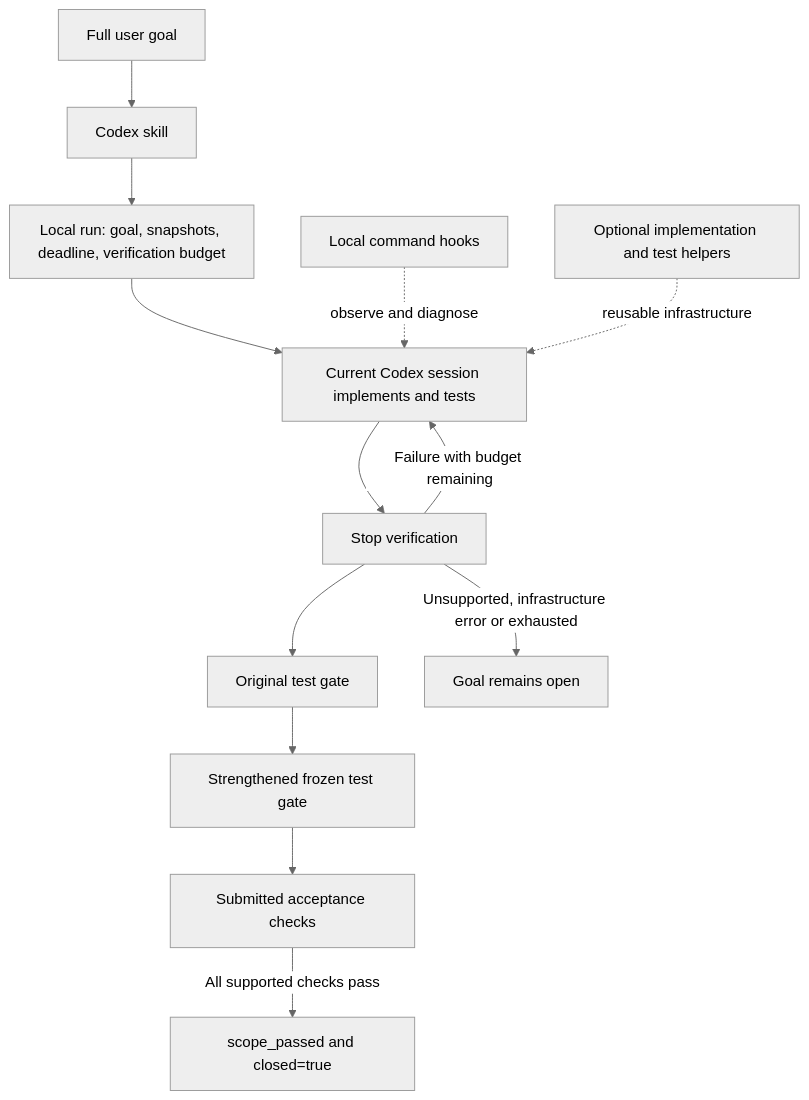
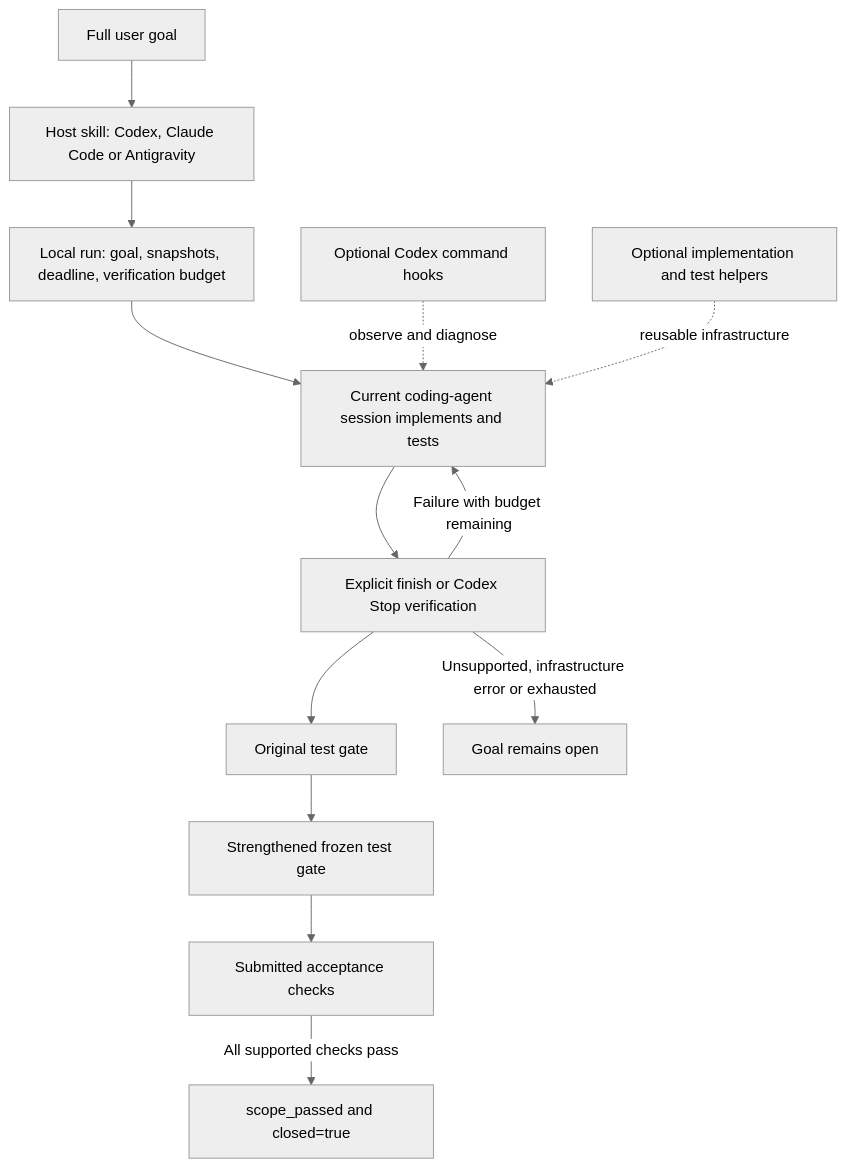
The diagram in docs/ARCHITECTURE.md (InfinitySpeed/goalpilot), drawn with Mermaid (neutral theme) before and after one commit. The commit also changed other lines of this file and 7 other files, not shown here.

Commit message:
Add a shared installer and portable skills for Claude Code and Antigravity

````diff
--- a/docs/ARCHITECTURE.md
+++ b/docs/ARCHITECTURE.md
@@ -5,15 +5,15 @@
 ```mermaid
 flowchart TD
-    U[Full user goal] --> S[Codex skill]
+    U[Full user goal] --> S[Host skill: Codex, Claude Code or Antigravity]
     S --> R[Local run: goal, snapshots, deadline, verification budget]
-    R --> C[Current Codex session implements and tests]
-    H[Local command hooks] -. observe and diagnose .-> C
+    R --> C[Current coding-agent session implements and tests]
+    H[Optional Codex command hooks] -. observe and diagnose .-> C
     K[Optional implementation and test helpers] -. reusable infrastructure .-> C
-    C --> V[Stop verification]
+    C --> V[Explicit finish or Codex Stop verification]
     V --> O[Original test gate]
     O --> B[Strengthened frozen test gate]
     B --> A[Submitted acceptance checks]
     A -->|All supported checks pass| P[scope_passed and closed=true]
     V -->|Failure with budget remaining| C
     V -->|Unsupported, infrastructure error or exhausted| X[Goal remains open]
 ```
````
